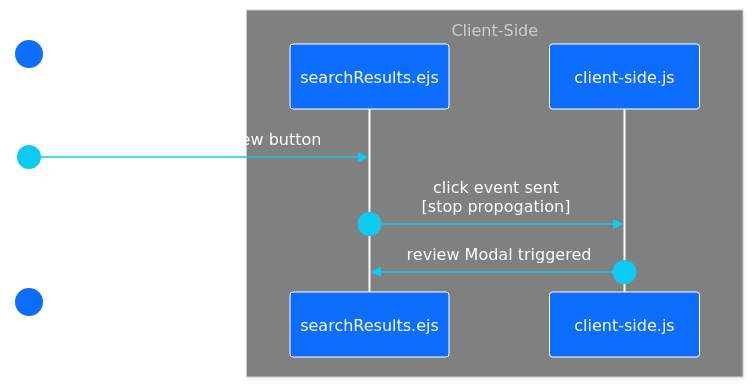
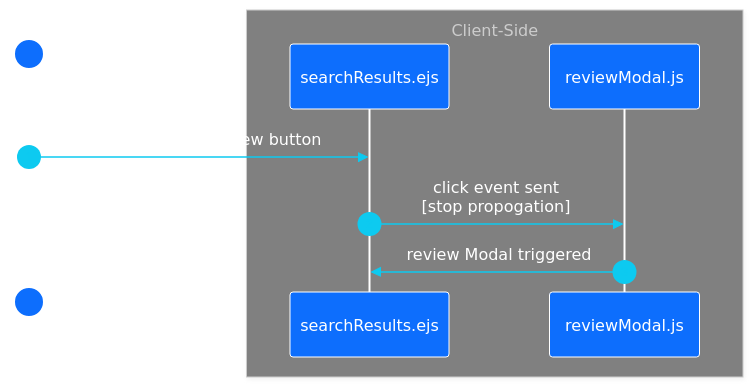
One commit to cTangonan123/rotten-potatoes changed the fourth of 8 diagrams in docs/plan/diagrams/state.md. Above: the diagram before and after it, drawn with Mermaid. The commit also changed other lines of this file and 4 other files, not shown here.

````diff
--- a/docs/plan/diagrams/state.md
+++ b/docs/plan/diagrams/state.md
@@ -173,39 +173,39 @@
 ```mermaid
 ---
 config:
   theme: neo-dark
   themeVariables:
     actorBkg: "#0d6efd"
     actorBorder: white
     actorTextColor: white
     primaryColor: "#0d6efd"
     signalColor: "#0dcaf0"
     sequenceNumberColor: "#0dcaf0"
     signalTextColor: white
     labelBoxBkgColor: "#20c997"
     labelBoxBorderColor: "#ffc107"
     labelTextColor: white
     loopTextColor: white
 ---
 sequenceDiagram
   actor U as User
   #participant altV as movieDescription.ejs
   participant V as searchResults.ejs
-  participant cJS as client-side.js
+  participant cJS as reviewModal.js # [path to file](/public/js/reviewModal.js)
   #participant SS as index.mjs
   #participant DB as database
   #participant API as omdb's API
   autonumber
   U ->> V: User clicks write review button
   V ->> cJS: click event sent<br> [stop propogation]
   cJS ->> V: review Modal triggered
   box grey Client-Side
     #participant altV
     participant V
     participant cJS
   end
   #box grey Server-Side
     #participant SS
     #participant DB
   #end
 ```
````
